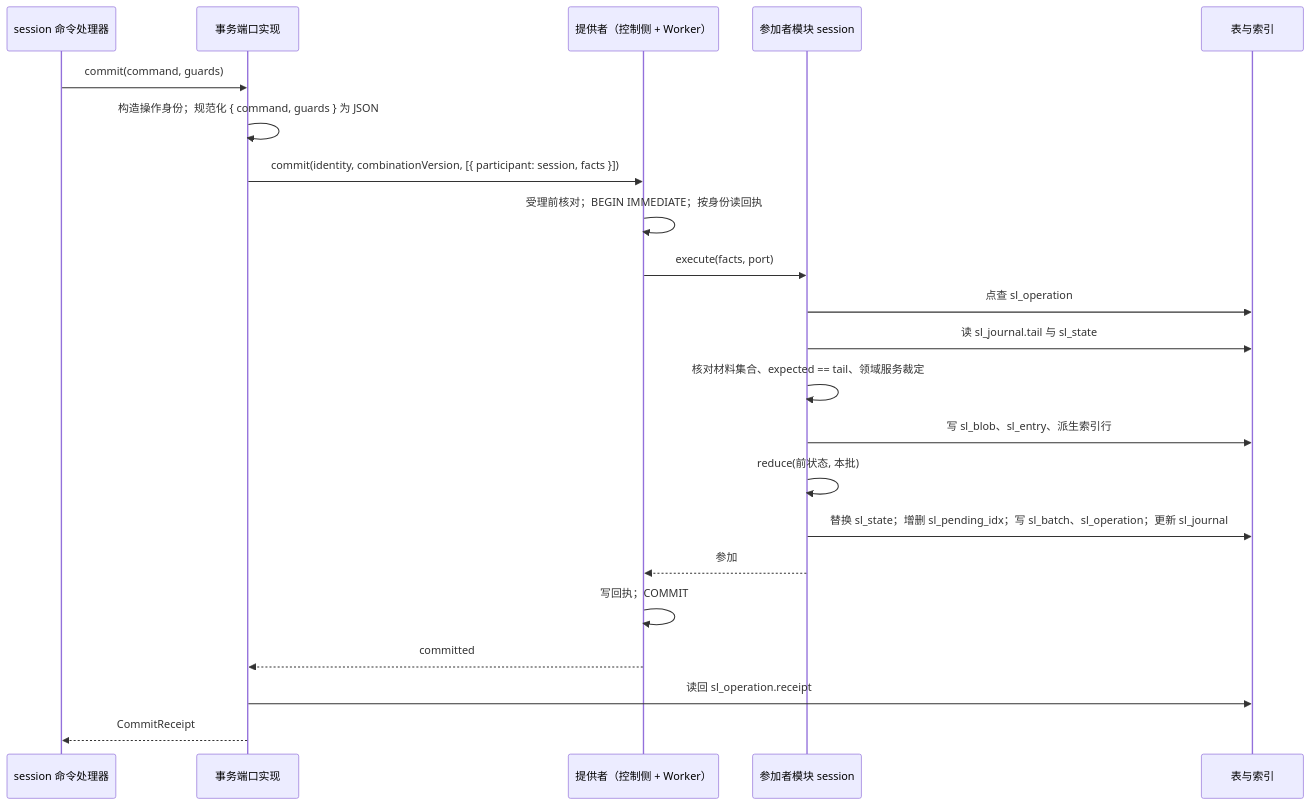
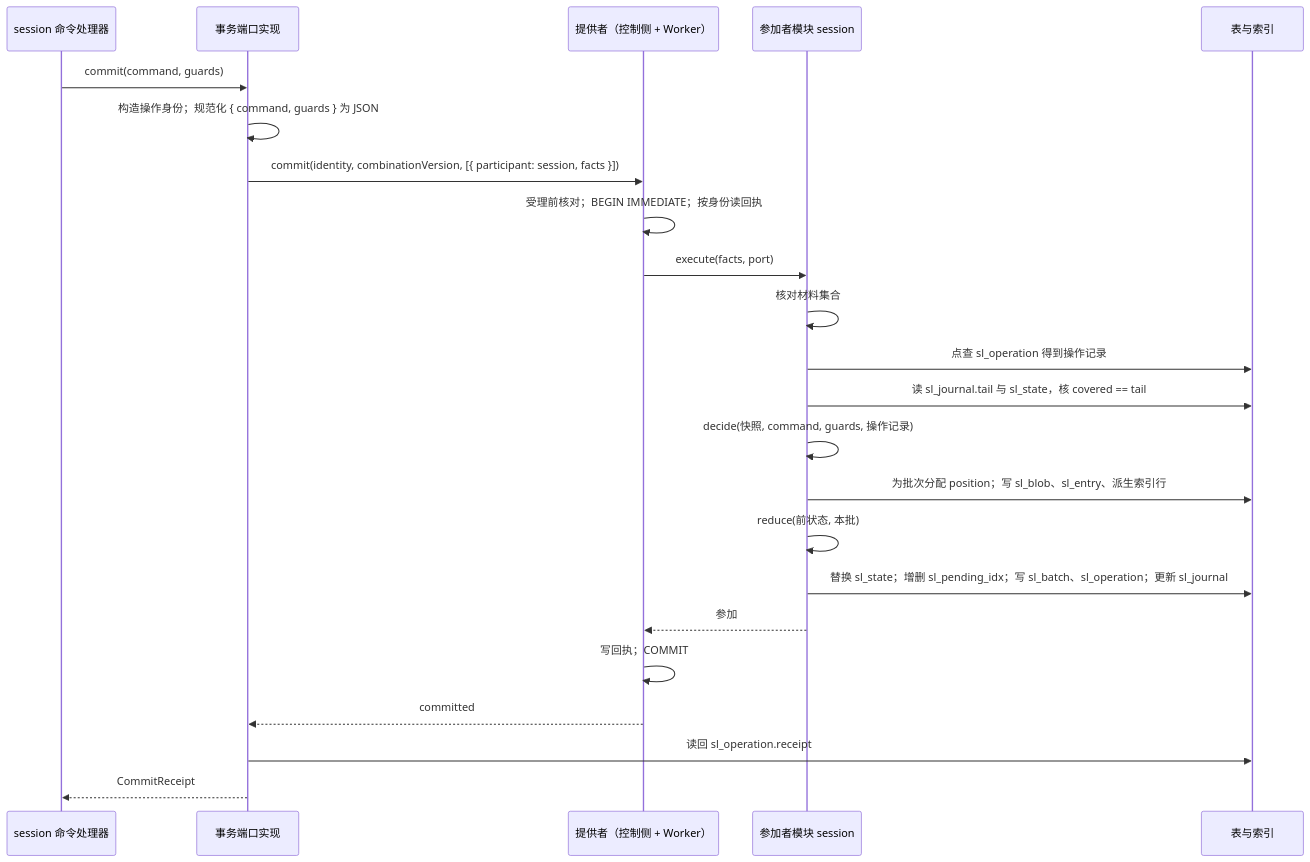
One commit to nemori-ai/omne-harness-lite changed the first of 5 diagrams in packages/session/session-storage-sql/docs/flows.md. Above: the diagram before and after it, drawn with Mermaid. The commit also changed other lines of this file and 5 other files, not shown here.

````diff
--- a/packages/session/session-storage-sql/docs/flows.md
+++ b/packages/session/session-storage-sql/docs/flows.md
@@ -11,24 +11,25 @@
 ```mermaid
 sequenceDiagram
     participant S as session 命令处理器
     participant T as 事务端口实现
     participant P as 提供者（控制侧 + Worker）
     participant M as 参加者模块 session
     participant D as 表与索引
     S->>T: commit(command, guards)
     T->>T: 构造操作身份；规范化 { command, guards } 为 JSON
     T->>P: commit(identity, combinationVersion, [{ participant: session, facts }])
     P->>P: 受理前核对；BEGIN IMMEDIATE；按身份读回执
     P->>M: execute(facts, port)
-    M->>D: 点查 sl_operation
-    M->>D: 读 sl_journal.tail 与 sl_state
-    M->>M: 核对材料集合、expected == tail、领域服务裁定
-    M->>D: 写 sl_blob、sl_entry、派生索引行
+    M->>M: 核对材料集合
+    M->>D: 点查 sl_operation 得到操作记录
+    M->>D: 读 sl_journal.tail 与 sl_state，核 covered == tail
+    M->>M: decide(快照, command, guards, 操作记录)
+    M->>D: 为批次分配 position；写 sl_blob、sl_entry、派生索引行
     M->>M: reduce(前状态, 本批)
     M->>D: 替换 sl_state；增删 sl_pending_idx；写 sl_batch、sl_operation；更新 sl_journal
     M-->>P: 参加
     P->>P: 写回执；COMMIT
     P-->>T: committed
     T->>D: 读回 sl_operation.receipt
     T-->>S: CommitReceipt
 ```
````
